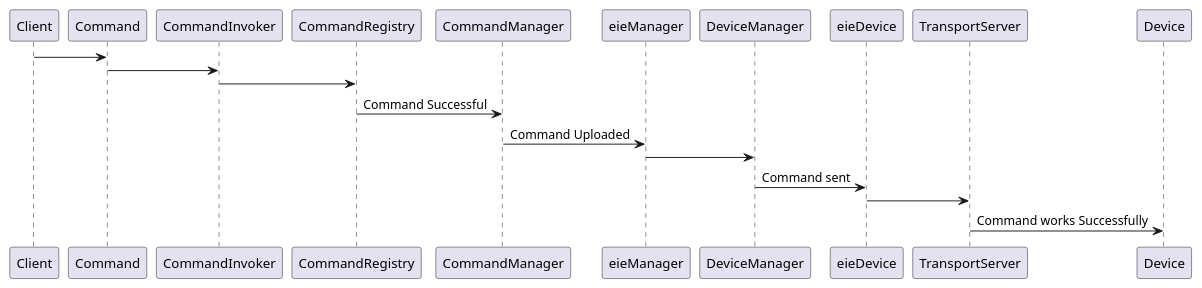
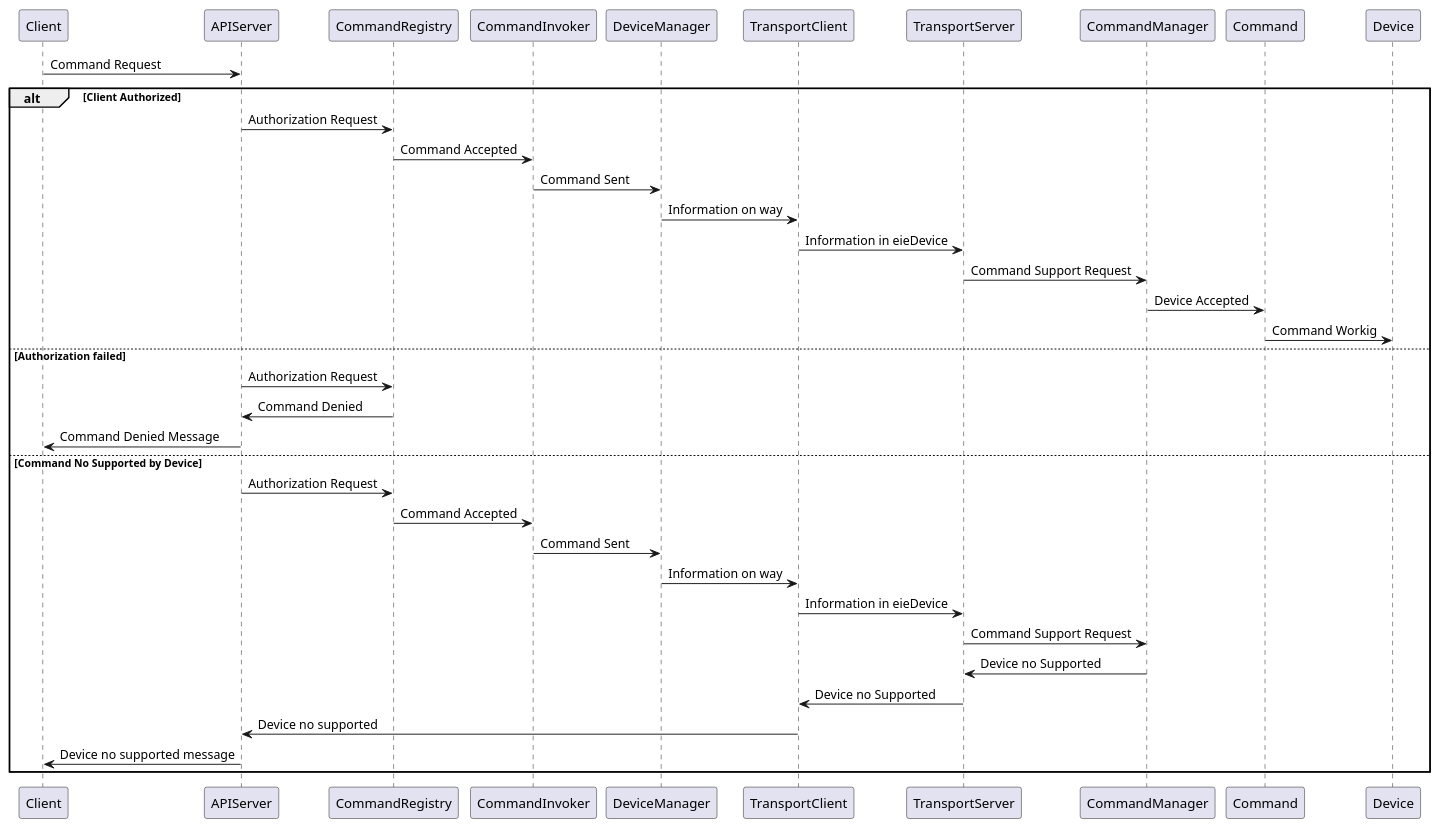
One commit to oscarfc164/ie0417-dev changed the second of 2 diagrams in docs/source/labs/lab1/lab1.rst. Above: the diagram before and after it, drawn with PlantUML. The commit also changed other lines of this file, not shown here.

Commit message:
Improved ADD: Oscar Improved UML diagrams: Oscar

```diff
--- a/docs/source/labs/lab1/lab1.rst
+++ b/docs/source/labs/lab1/lab1.rst
@@ -283,15 +338,33 @@
 .. uml::
+  @startuml
+  Client -> APIServer: Command Request
+  
+  alt Client Authorized
+       APIServer -> CommandRegistry: Authorization Request
+       CommandRegistry -> CommandInvoker: Command Accepted
+       CommandInvoker -> DeviceManager: Command Sent
+       DeviceManager -> TransportClient: Information on way
+       TransportClient -> TransportServer: Information in eieDevice
+       TransportServer -> CommandManager: Command Support Request
+       CommandManager -> Command: Device Accepted
+       Command -> Device: Command Workig
+       
+  else Authorization failed
+       APIServer -> CommandRegistry: Authorization Request
+       CommandRegistry -> APIServer: Command Denied
+       APIServer -> Client: Command Denied Message
 
-    @startuml
-    Client -> Command
+  else Command No Supported by Device
+       APIServer -> CommandRegistry: Authorization Request
+       CommandRegistry -> CommandInvoker: Command Accepted
+       CommandInvoker -> DeviceManager: Command Sent
+       DeviceManager -> TransportClient: Information on way
+       TransportClient -> TransportServer: Information in eieDevice
+       TransportServer -> CommandManager: Command Support Request
+       CommandManager -> TransportServer: Device no Supported
+       TransportServer -> TransportClient: Device no Supported 
+       TransportClient -> APIServer: Device no supported 
+       APIServer -> Client: Device no supported message
 
-
-    Command -> CommandInvoker
-    CommandInvoker -> CommandRegistry
-    CommandRegistry -> CommandManager: Command Successful
-    CommandManager -> eieManager: Command Uploaded
-    eieManager -> DeviceManager
-    DeviceManager -> eieDevice: Command sent
-    eieDevice -> TransportServer 
-    TransportServer -> Device: Command works Successfully
-    @enduml
+  end
+  @enduml
```
